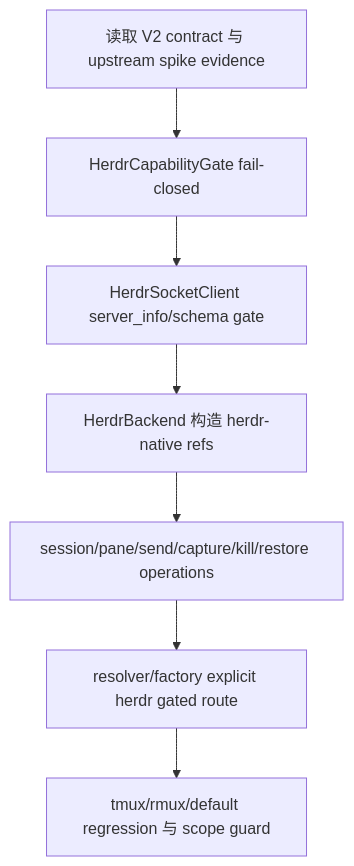
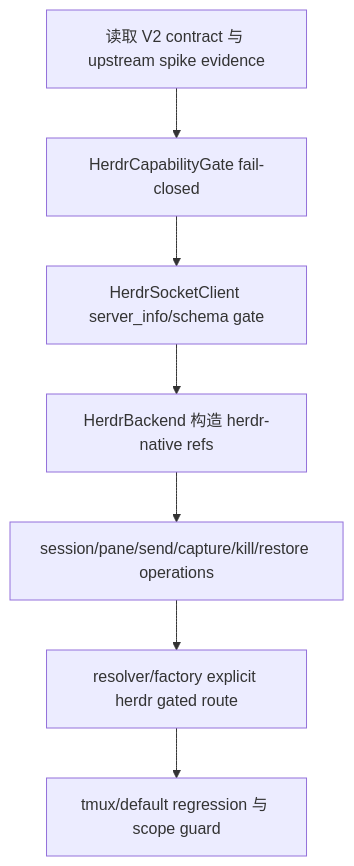
The diagram in .codestable/features/2026-07-31-herdr-backend-client/herdr-backend-client-design.md (TachiKuma/claude_code_bridge), drawn with Mermaid before and after one commit. The commit also changed other lines of this file and 4 other files, not shown here.

````diff
--- a/.codestable/features/2026-07-31-herdr-backend-client/herdr-backend-client-design.md
+++ b/.codestable/features/2026-07-31-herdr-backend-client/herdr-backend-client-design.md
@@ -162,9 +163,9 @@
 ```mermaid
 flowchart TD
   A[读取 V2 contract 与 upstream spike evidence] --> B[HerdrCapabilityGate fail-closed]
   B --> C[HerdrSocketClient server_info/schema gate]
   C --> D[HerdrBackend 构造 herdr-native refs]
   D --> E[session/pane/send/capture/kill/restore operations]
   E --> F[resolver/factory explicit herdr gated route]
-  F --> G[tmux/rmux/default regression 与 scope guard]
+  F --> G[tmux/default regression 与 scope guard]
 ```
````
